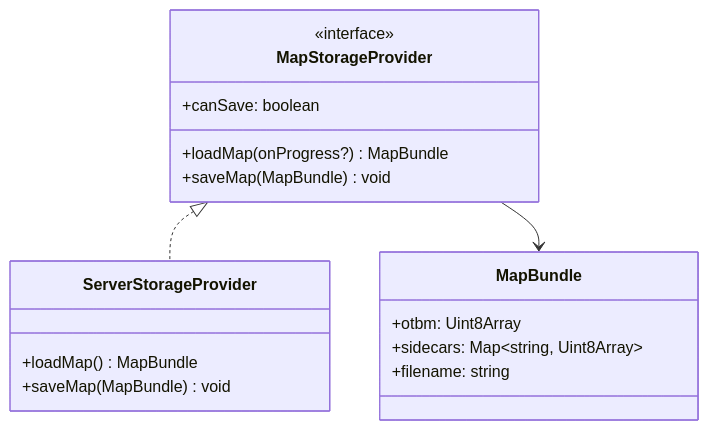
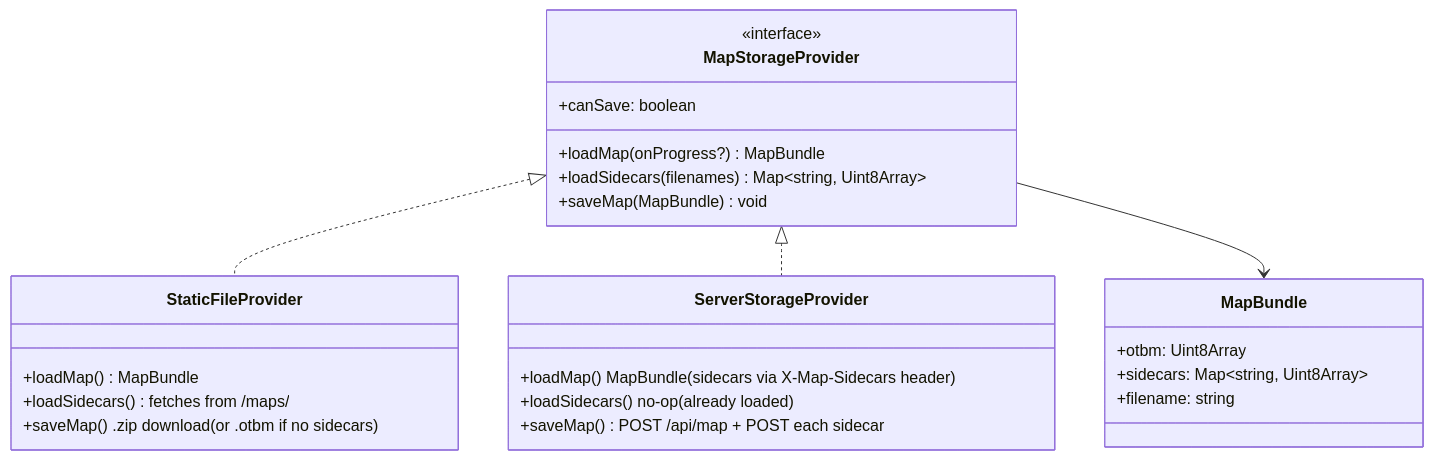
The first of 3 diagrams in MAP_IO_RESEARCH.md (knobik/yatme), drawn with Mermaid before and after one commit. The commit also changed other lines of this file and 14 other files, not shown here.

Commit message:
Add `sidecars.ts` utility module for parsing and serializing map sidecar XMLs (houses, spawns, zones). Integrate sidecar handling into storage providers and map loading pipeline. Implement server support for sidecar file I/O and update tests to ensure round-trip consistency.

````diff
--- a/MAP_IO_RESEARCH.md
+++ b/MAP_IO_RESEARCH.md
@@ -62,23 +7,32 @@
 ```mermaid
 classDiagram
     class MapStorageProvider {
         <<interface>>
         +loadMap(onProgress?) MapBundle
+        +loadSidecars(filenames) Map~string, Uint8Array~
         +saveMap(MapBundle) void
         +canSave: boolean
     }
 
     class MapBundle {
         +otbm: Uint8Array
         +sidecars: Map~string, Uint8Array~
         +filename: string
     }
 
-    class ServerStorageProvider {
+    class StaticFileProvider {
         +loadMap() MapBundle
-        +saveMap(MapBundle) void
+        +loadSidecars() fetches from /maps/
+        +saveMap() .zip download (or .otbm if no sidecars)
     }
 
+    class ServerStorageProvider {
+        +loadMap() MapBundle (sidecars via X-Map-Sidecars header)
+        +loadSidecars() no-op (already loaded)
+        +saveMap() POST /api/map + POST each sidecar
+    }
+
+    MapStorageProvider <|.. StaticFileProvider
     MapStorageProvider <|.. ServerStorageProvider
     MapStorageProvider --> MapBundle
 ```
````
